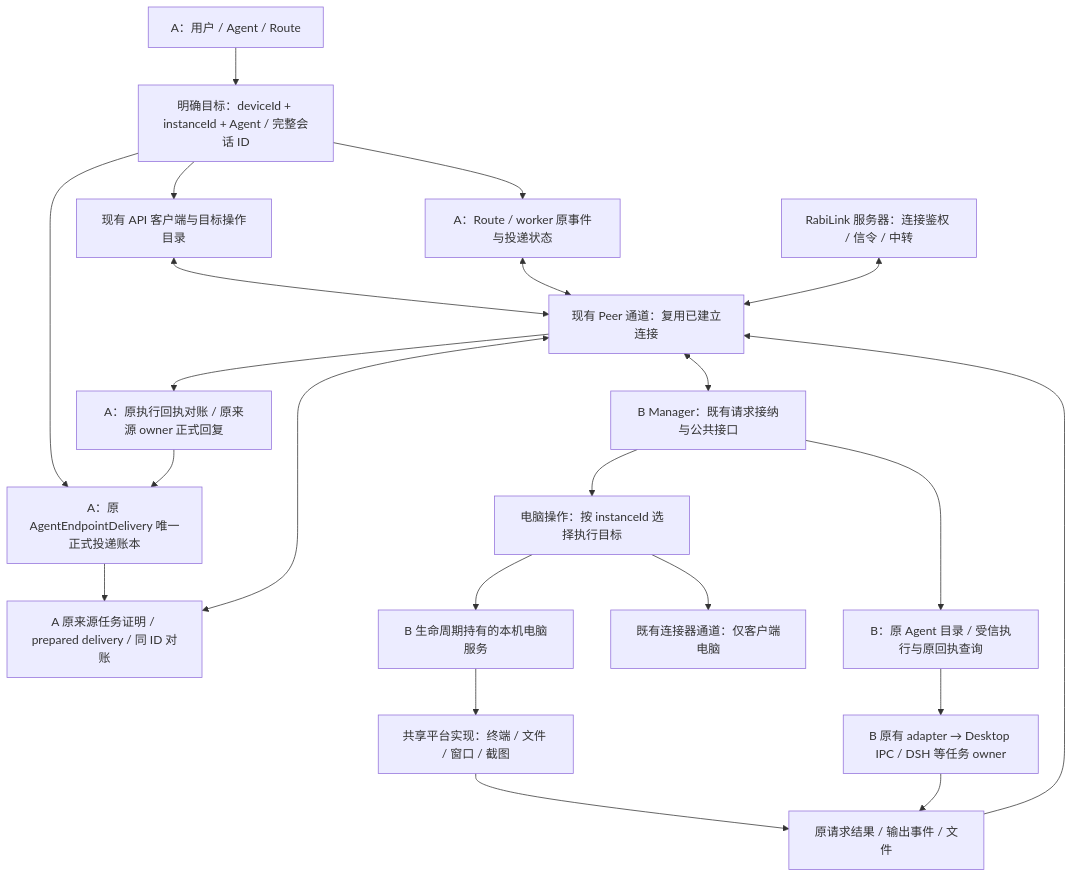
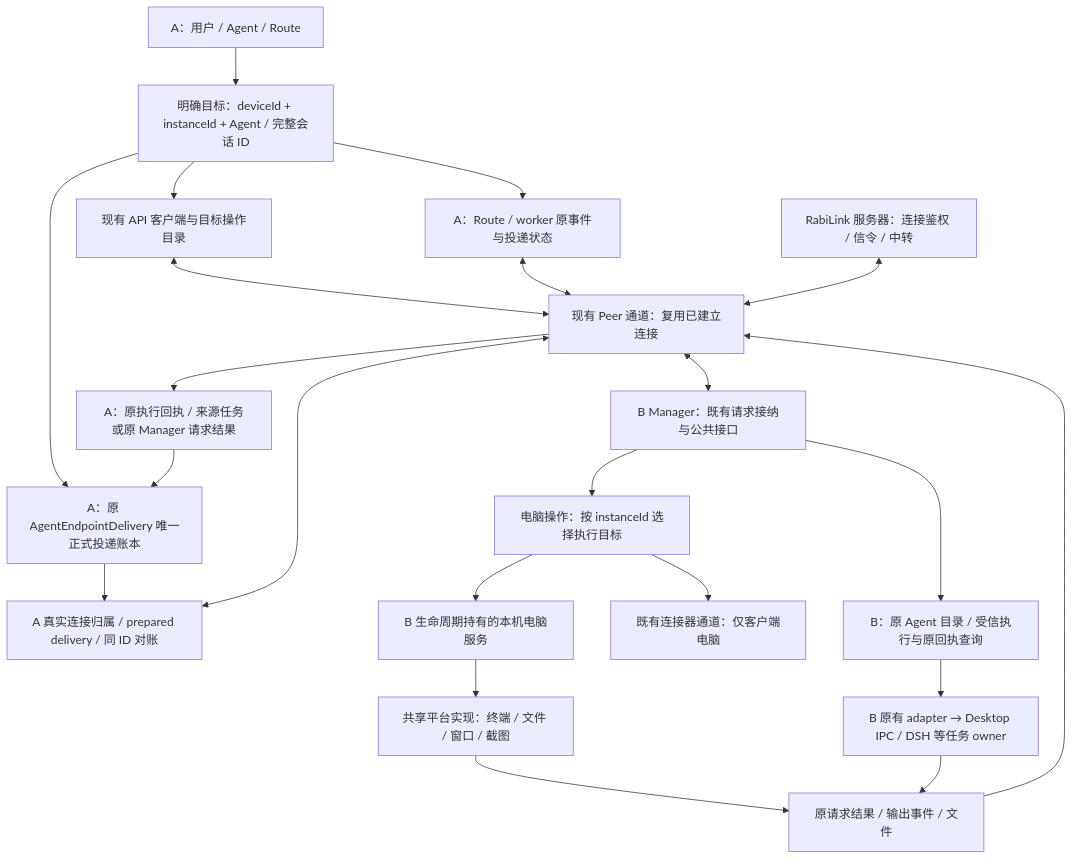
Before and after one commit to vb2250158/RabiRoute: the second of 2 diagrams in docs/connected-host-agent-architecture.md, drawn with Mermaid. The commit also changed other lines of this file and 457 other files, not shown here.

````diff
--- a/docs/connected-host-agent-architecture.md
+++ b/docs/connected-host-agent-architecture.md
@@ -48,24 +48,24 @@
 ```mermaid
 flowchart TB
   U["A：用户 / Agent / Route"] --> T["明确目标：deviceId + instanceId + Agent / 完整会话 ID"]
   T --> AC["现有 API 客户端与目标操作目录"]
   AC <--> P["现有 Peer 通道：复用已建立连接"]
   T --> AR["A：Route / worker 原事件与投递状态"]
   AR <--> P
   T --> AL["A：原 AgentEndpointDelivery 唯一正式投递账本"]
-  AL --> PROOF["A 原来源任务证明 / prepared delivery / 同 ID 对账"]
+  AL --> PROOF["A 真实连接归属 / prepared delivery / 同 ID 对账"]
   PROOF <--> P
   R["RabiLink 服务器：连接鉴权 / 信令 / 中转"] <--> P
   P <--> B["B Manager：既有请求接纳与公共接口"]
   B --> CE["电脑操作：按 instanceId 选择执行目标"]
   CE --> LC["B 生命周期持有的本机电脑服务"]
   CE --> RC["既有连接器通道：仅客户端电脑"]
   LC --> OS["共享平台实现：终端 / 文件 / 窗口 / 截图"]
   B --> DE["B：原 Agent 目录 / 受信执行与原回执查询"]
   DE --> AO["B 原有 adapter → Desktop IPC / DSH 等任务 owner"]
   OS --> RET["原请求结果 / 输出事件 / 文件"]
   AO --> RET
   RET --> P
-  P --> BACK["A：原执行回执对账 / 原来源 owner 正式回复"]
+  P --> BACK["A：原执行回执 / 来源任务或原 Manager 请求结果"]
   BACK --> AL
 ```
````
